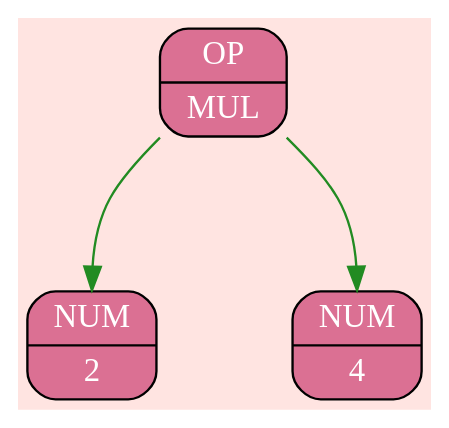
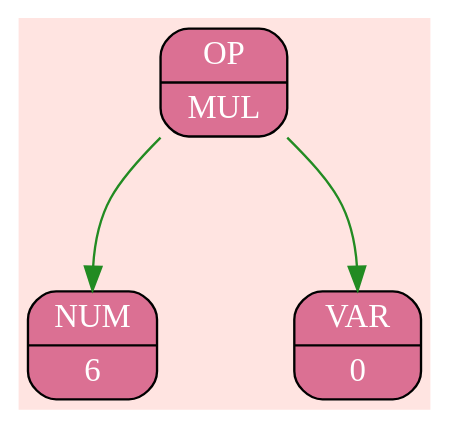
One commit to Shishkin-Vasiliy/Differentiator.Ai changed the diagram in Log/pict_0.dot. Above: the diagram before and after it, drawn with Graphviz. The commit also changed 8 other files, not shown here.

```diff
--- a/Log/pict_0.dot
+++ b/Log/pict_0.dot
@@ -1,19 +1,19 @@
 digraph {
 bgcolor="#FFE4E1";
 rankdir=TB;
 nodesep=0.8;
 ranksep=0.9;
 node_0x5030000000a0 [shape=Mrecord; style=filled; fillcolor="#DB7093"; fontcolor="#FFFFFF";
        label="  { OP | MUL }"];
 { rank=source; node_0x5030000000a0 };
 node_0x5030000000d0 [shape=Mrecord; style=filled; fillcolor="#DB7093"; fontcolor="#FFFFFF";
-       label="  { NUM | 2 }"];
+       label="  { NUM | 6 }"];
 { rank=sink; node_0x5030000000d0 };
-node_0x503000000100 [shape=Mrecord; style=filled; fillcolor="#DB7093"; fontcolor="#FFFFFF";
-       label="  { NUM | 4 }"];
-{ rank=sink; node_0x503000000100 };
+node_0x503000000160 [shape=Mrecord; style=filled; fillcolor="#DB7093"; fontcolor="#FFFFFF";
+       label="  { VAR | 0 }"];
+{ rank=sink; node_0x503000000160 };
 edge [color="#FFFFFF"];
 node_0x5030000000a0:sw -> node_0x5030000000d0:n [color="#228B22"];
 edge [color="#FFFFFF"];
-node_0x5030000000a0:se -> node_0x503000000100:n [color="#228B22"];
+node_0x5030000000a0:se -> node_0x503000000160:n [color="#228B22"];
 }
```
